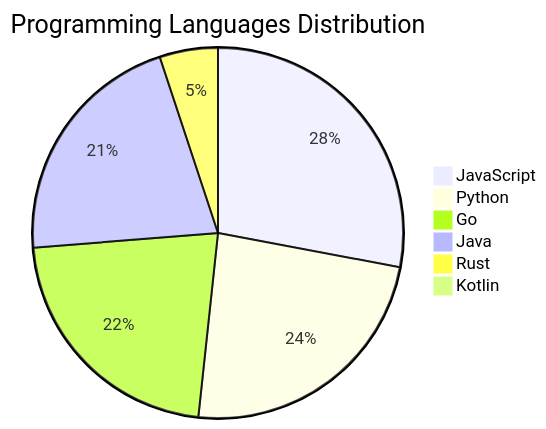
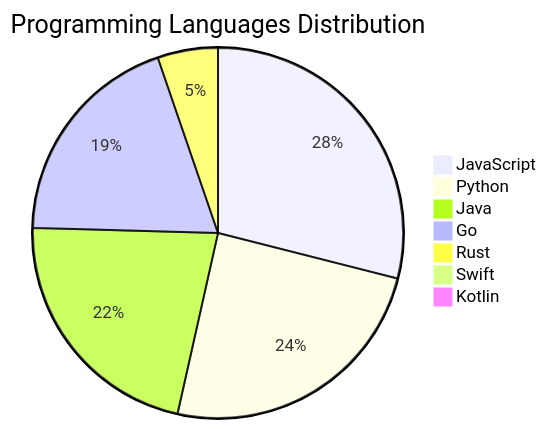
The diagram in README.md (Derrick-MUGISHA/github-activity-bot), drawn with Mermaid before and after one commit. The commit also changed other lines of this file and 4 other files, not shown here.

````diff
--- a/README.md
+++ b/README.md
@@ -206,9 +207,10 @@
 ```mermaid
 pie title Programming Languages Distribution
     "JavaScript" : 33
     "Python" : 28
-    "Go" : 26
     "Java" : 25
+    "Go" : 22
     "Rust" : 6
+    "Swift" : 1
     "Kotlin" : 1
 ```
````
